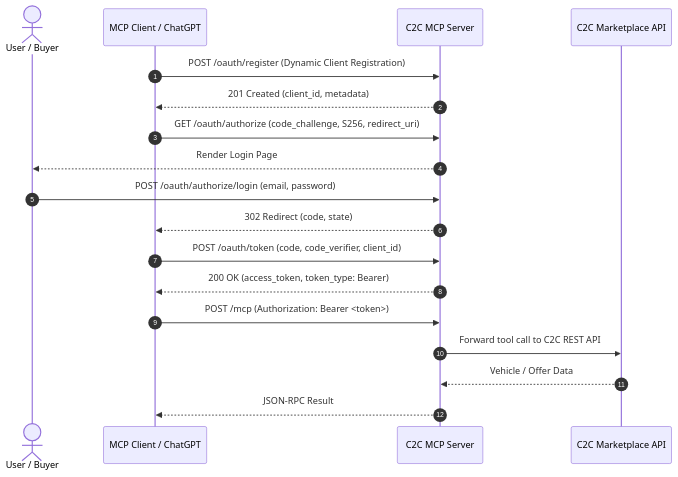
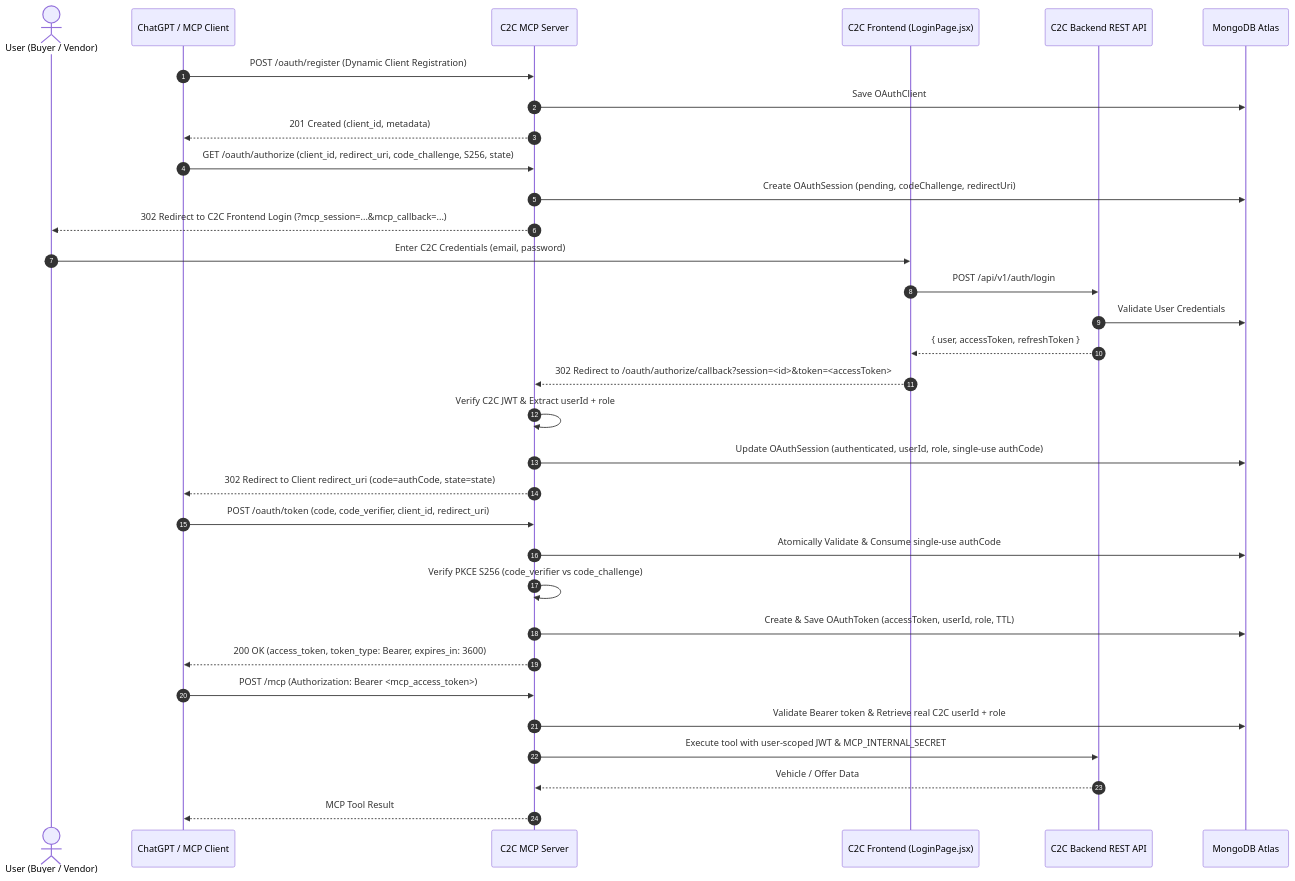
Before and after one commit to waseemnoorisys-ship-it/c2c-vehicle-selling-platform: the diagram in mcp-server/README.md, drawn with Mermaid. The commit also changed other lines of this file and 16 other files, not shown here.

````diff
--- a/mcp-server/README.md
+++ b/mcp-server/README.md
@@ -127,21 +88,40 @@
 ```mermaid
 sequenceDiagram
     autonumber
-    actor User as User / Buyer
-    participant Client as MCP Client / ChatGPT
+    actor User as User (Buyer / Vendor)
+    participant Client as ChatGPT / MCP Client
     participant MCP as C2C MCP Server
-    participant Backend as C2C Marketplace API
+    participant Frontend as C2C Frontend (LoginPage.jsx)
+    participant C2CAPI as C2C Backend REST API
+    participant DB as MongoDB Atlas
 
     Client->>MCP: POST /oauth/register (Dynamic Client Registration)
+    MCP->>DB: Save OAuthClient
     MCP-->>Client: 201 Created (client_id, metadata)
-    Client->>MCP: GET /oauth/authorize (code_challenge, S256, redirect_uri)
-    MCP-->>User: Render Login Page
-    User->>MCP: POST /oauth/authorize/login (email, password)
-    MCP-->>Client: 302 Redirect (code, state)
-    Client->>MCP: POST /oauth/token (code, code_verifier, client_id)
-    MCP-->>Client: 200 OK (access_token, token_type: Bearer)
-    Client->>MCP: POST /mcp (Authorization: Bearer <token>)
-    MCP->>Backend: Forward tool call to C2C REST API
-    Backend-->>MCP: Vehicle / Offer Data
-    MCP-->>Client: JSON-RPC Result
+
+    Client->>MCP: GET /oauth/authorize (client_id, redirect_uri, code_challenge, S256, state)
+    MCP->>DB: Create OAuthSession (pending, codeChallenge, redirectUri)
+    MCP-->>User: 302 Redirect to C2C Frontend Login (?mcp_session=...&mcp_callback=...)
+
+    User->>Frontend: Enter C2C Credentials (email, password)
+    Frontend->>C2CAPI: POST /api/v1/auth/login
+    C2CAPI->>DB: Validate User Credentials
+    C2CAPI-->>Frontend: { user, accessToken, refreshToken }
+
+    Frontend-->>MCP: 302 Redirect to /oauth/authorize/callback?session=<id>&token=<accessToken>
+    MCP->>MCP: Verify C2C JWT & Extract userId + role
+    MCP->>DB: Update OAuthSession (authenticated, userId, role, single-use authCode)
+    MCP-->>Client: 302 Redirect to Client redirect_uri (code=authCode, state=state)
+
+    Client->>MCP: POST /oauth/token (code, code_verifier, client_id, redirect_uri)
+    MCP->>DB: Atomically Validate & Consume single-use authCode
+    MCP->>MCP: Verify PKCE S256 (code_verifier vs code_challenge)
+    MCP->>DB: Create & Save OAuthToken (accessToken, userId, role, TTL)
+    MCP-->>Client: 200 OK (access_token, token_type: Bearer, expires_in: 3600)
+
+    Client->>MCP: POST /mcp (Authorization: Bearer <mcp_access_token>)
+    MCP->>DB: Validate Bearer token & Retrieve real C2C userId + role
+    MCP->>C2CAPI: Execute tool with user-scoped JWT & MCP_INTERNAL_SECRET
+    C2CAPI-->>MCP: Vehicle / Offer Data
+    MCP-->>Client: MCP Tool Result
 ```
````
